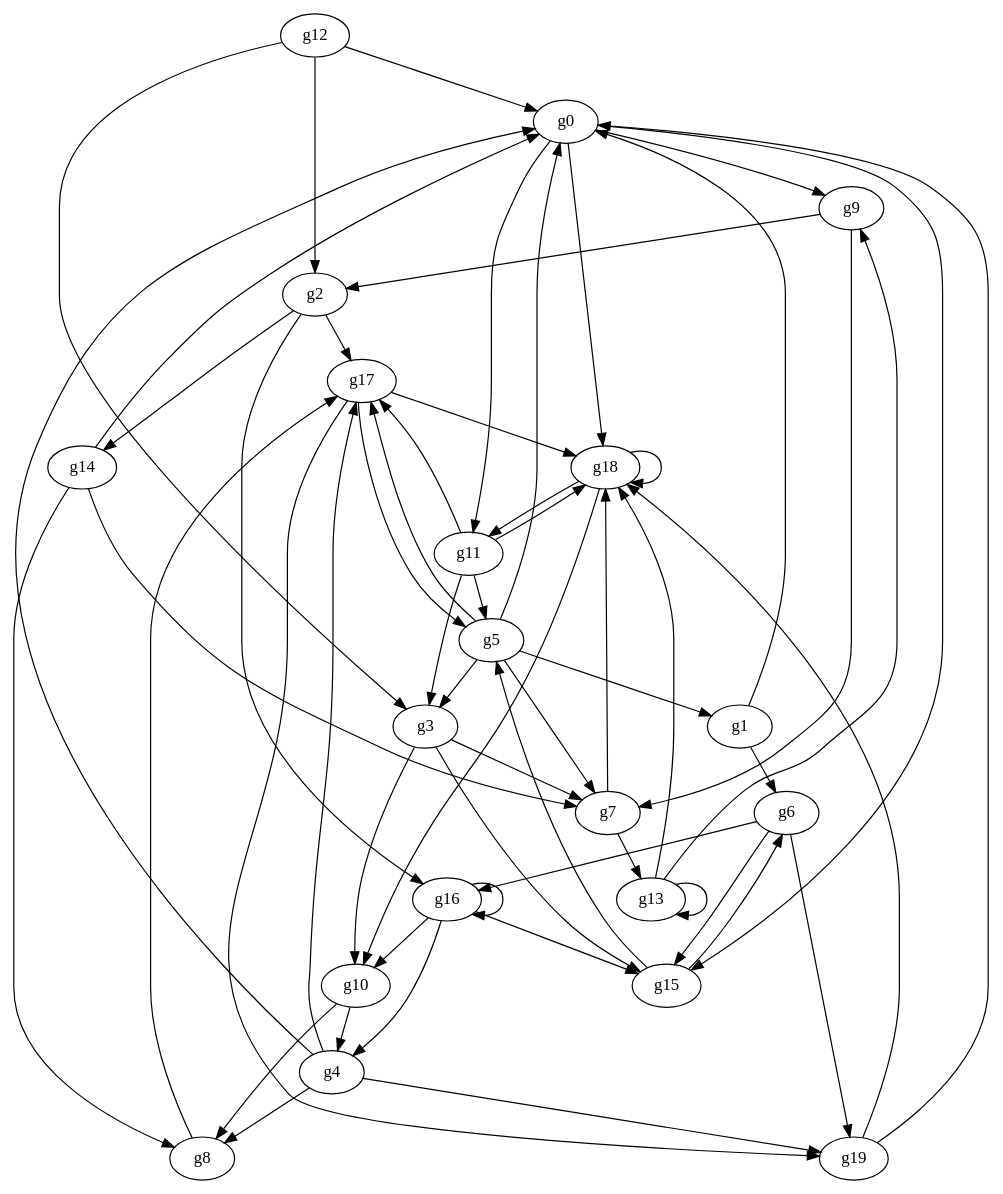
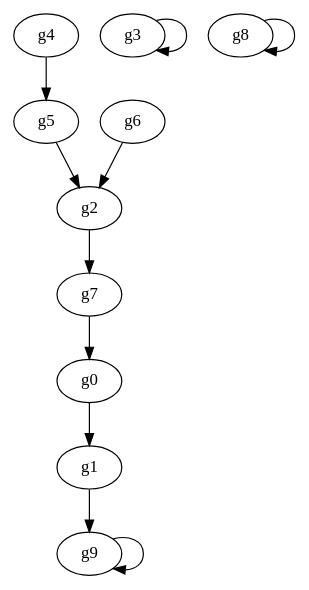
One commit to zepinto/aamas changed the diagram in aamas-ge/stat/1.dot. Above: the diagram before and after it, drawn with Graphviz. The commit also changed 5 other files, not shown here.

```diff
--- a/aamas-ge/stat/1.dot
+++ b/aamas-ge/stat/1.dot
@@ -1,119 +1,23 @@
 digraph "g" {
 
-g0->g9
+g0->g1
 
-g0->g18
+g1->g9
 
-g0->g15
+g2->g7
 
-g0->g11
+g3->g3
 
-g1->g6
+g4->g5
 
-g1->g0
+g5->g2
 
-g2->g17
+g6->g2
 
-g2->g16
+g7->g0
 
-g2->g14
+g8->g8
 
-g3->g10
-
-g3->g7
-
-g3->g15
-
-g4->g17
-
-g4->g19
-
-g4->g0
-
-g4->g8
-
-g5->g17
-
-g5->g3
-
-g5->g1
-
-g5->g0
-
-g5->g7
-
-g6->g19
-
-g6->g16
-
-g6->g15
-
-g7->g18
-
-g7->g13
-
-g8->g17
-
-g9->g2
-
-g9->g7
-
-g10->g4
-
-g10->g8
-
-g11->g17
-
-g11->g3
-
-g11->g18
-
-g11->g5
-
-g12->g3
-
-g12->g2
-
-g12->g0
-
-g13->g9
-
-g13->g18
-
-g13->g13
-
-g14->g0
-
-g14->g7
-
-g14->g8
-
-g15->g6
-
-g15->g5
-
-g16->g4
-
-g16->g10
-
-g16->g16
-
-g16->g15
-
-g17->g19
-
-g17->g5
-
-g17->g18
-
-g18->g10
-
-g18->g18
-
-g18->g11
-
-g19->g18
-
-g19->g0
+g9->g9
 
 }
```
